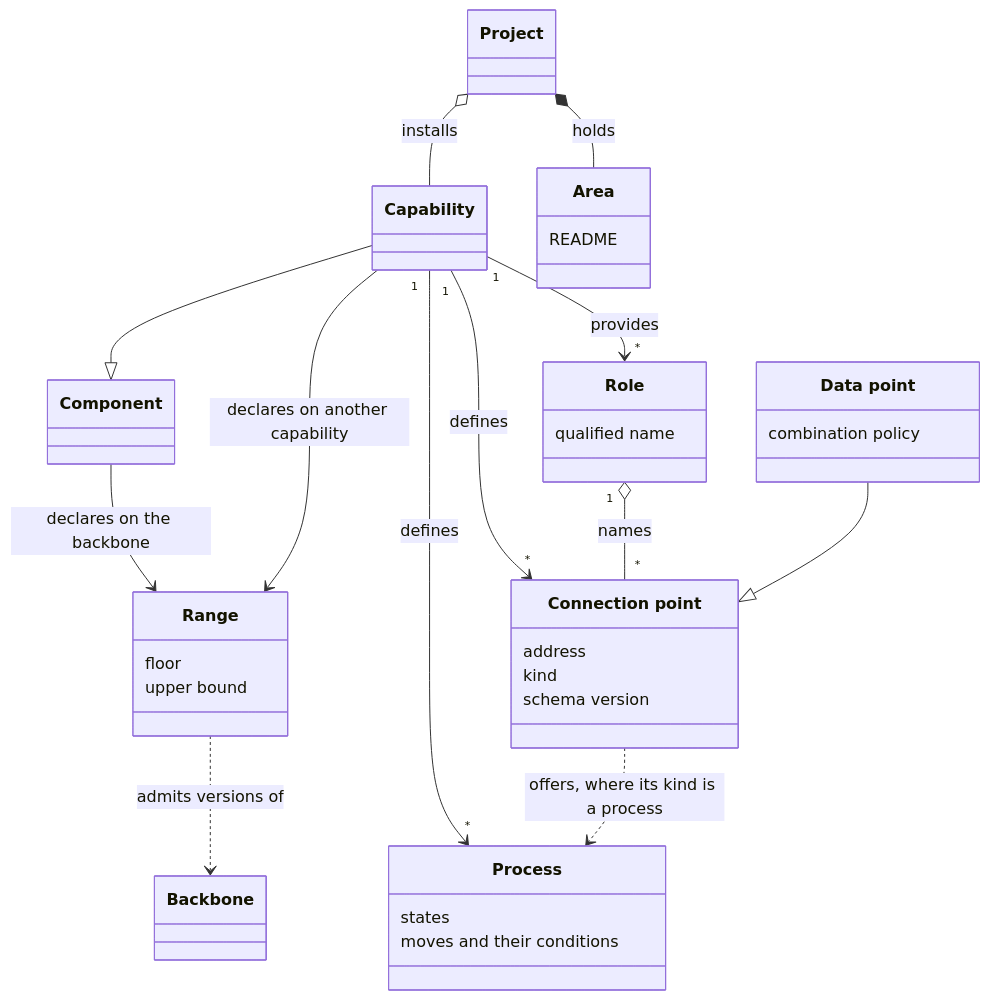
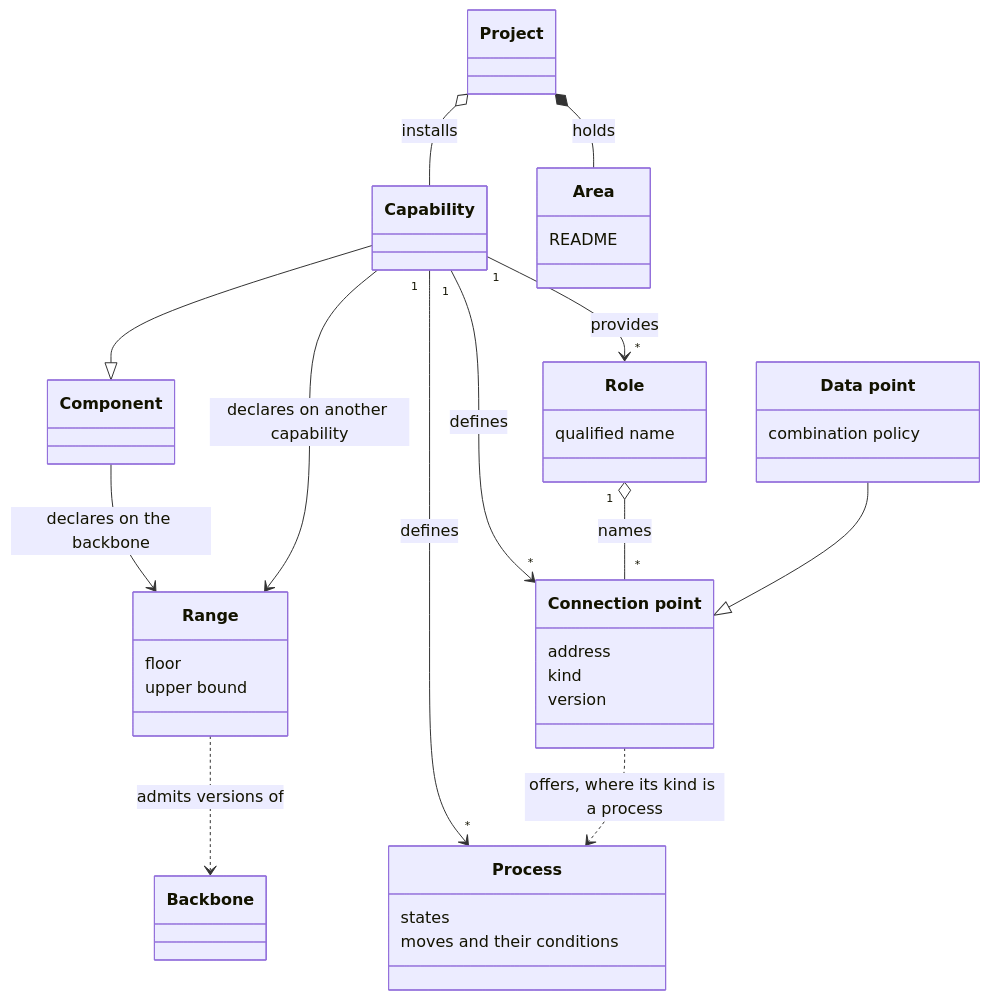
One commit to aleskalfas/project-kit changed the first of 2 diagrams in tech-docs/analysis/core/domain-model/030-capabilities-areas-and-connection-points.md. Above: the diagram before and after it, drawn with Mermaid. The commit also changed other lines of this file and 13 other files, not shown here.

````diff
--- a/tech-docs/analysis/core/domain-model/030-capabilities-areas-and-connection-points.md
+++ b/tech-docs/analysis/core/domain-model/030-capabilities-areas-and-connection-points.md
@@ -50,37 +50,37 @@
 ```mermaid
 classDiagram
   accTitle: Capabilities, areas and connection points
   accDescr: A capability is a component a project chooses to install. A component declares a range on the backbone, and a capability may declare a range on another capability. An area is a slice of a project's .pkit tree that needs no install. A capability provides roles, and under a role it defines connection points, which other components fill, depend on or subscribe to. A data point is the kind of connection point that takes data in. A capability also defines processes, and a connection point may offer one for others to depend on.
   class Component["Component"]
   class Backbone["Backbone"]
   class Project["Project"]
   class Capability["Capability"]
   class Range["Range"]
   Range : floor
   Range : upper bound
   class Area["Area"]
   Area : README
   class ConnectionPoint["Connection point"]
   ConnectionPoint : address
   ConnectionPoint : kind
-  ConnectionPoint : schema version
+  ConnectionPoint : version
   class Role["Role"]
   Role : qualified name
   class DataPoint["Data point"]
   DataPoint : combination policy
   class Process["Process"]
   Process : states
   Process : moves and their conditions
   Capability --|> Component
   Project o-- Capability : installs
   Project *-- Area : holds
   Component --> Range : declares on the backbone
   Capability --> Range : declares on another capability
   Range ..> Backbone : admits versions of
   Capability "1" --> "*" Role : provides
   Capability "1" --> "*" ConnectionPoint : defines
   Role "1" o-- "*" ConnectionPoint : names
   DataPoint --|> ConnectionPoint
   Capability "1" --> "*" Process : defines
   ConnectionPoint ..> Process : offers, where its kind is a process
 ```
````
